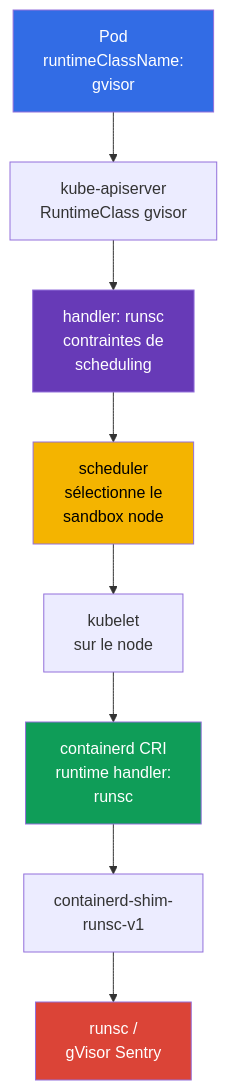
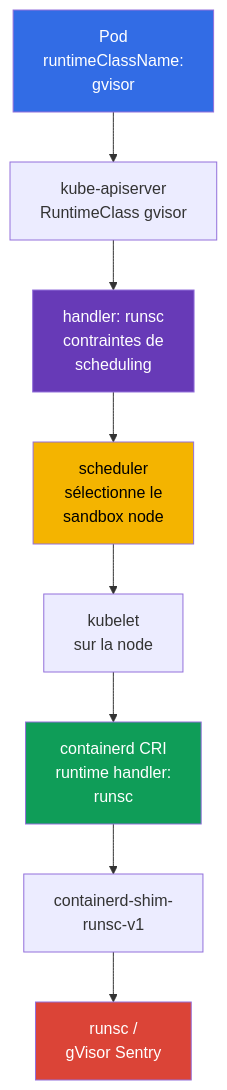
Before and after one commit to ViktorUJ/cks: the second of 2 diagrams in tasks/cks/course/22/fr.md, drawn with Mermaid. The commit also changed other lines of this file and 280 other files, not shown here.

````diff
--- a/tasks/cks/course/22/fr.md
+++ b/tasks/cks/course/22/fr.md
@@ -78,15 +78,15 @@
 ```mermaid
 flowchart TB
     pod["Pod<br/>runtimeClassName:<br/>gvisor"] --> api["kube-apiserver<br/>RuntimeClass gvisor"]
     api --> rc["handler: runsc<br/>contraintes de<br/>scheduling"]
     rc --> scheduler["scheduler<br/>sélectionne le<br/>sandbox node"]
-    scheduler --> kubelet["kubelet<br/>sur le node"]
+    scheduler --> kubelet["kubelet<br/>sur la node"]
     kubelet --> cri["containerd CRI<br/>runtime handler:<br/>runsc"]
     cri --> shim["containerd-shim-<br/>runsc-v1"]
     shim --> sentry["runsc /<br/>gVisor Sentry"]
     style pod fill:#326ce5,color:#fff
     style rc fill:#673ab7,color:#fff
     style scheduler fill:#f4b400,color:#000
     style cri fill:#0f9d58,color:#fff
     style sentry fill:#db4437,color:#fff
 ```
````
